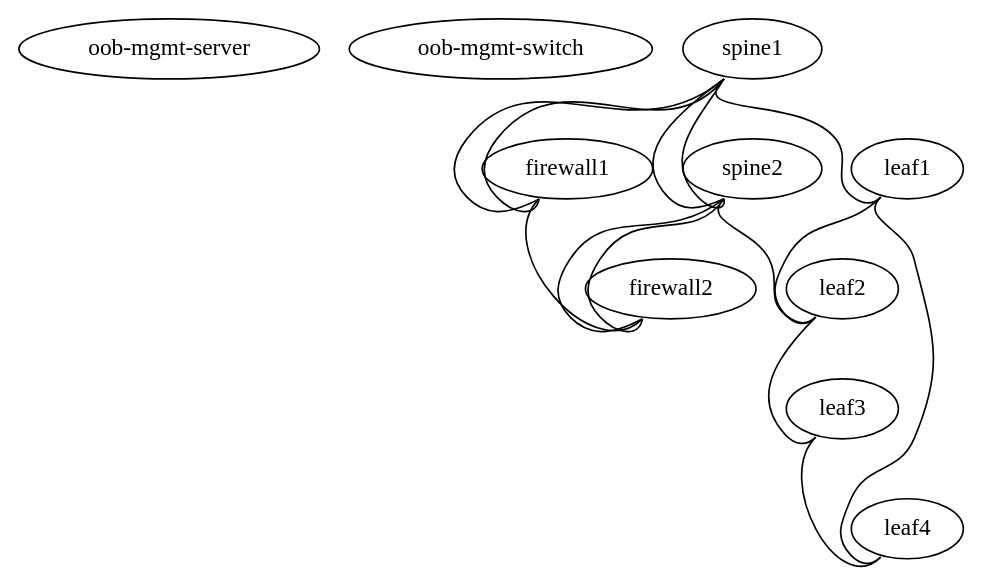
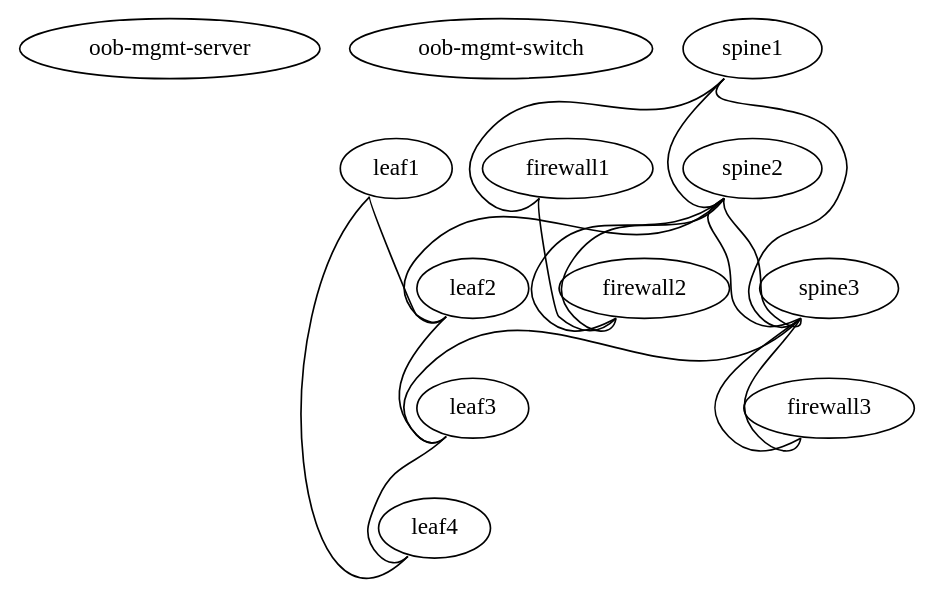
Before and after one commit to naturalis/oss-network-demo: the diagram in demo.dot, drawn with Graphviz.

Commit message:
Extra firewall, extra spine

```diff
--- a/demo.dot
+++ b/demo.dot
@@ -1,33 +1,39 @@
 graph demo {
- "oob-mgmt-server" [function="oob-server" config="./helper_scripts/oob_switch_config.sh" memory="3072" mgmt_ip="192.168.200.254/24"]
+ "oob-mgmt-server" [function="oob-server" config="./helper_scripts/oob_switch_config.sh" mgmt_ip="192.168.200.254/24"]
  "oob-mgmt-switch" [function="oob-switch" config="./helper_scripts/oob_switch_config.sh" mgmt_ip="192.168.200.100"]
 
  "firewall1" [function="fake"]
  "firewall2" [function="fake"]
+ "firewall3" [function="fake"]
 
  "spine1" [function="spine" config="./helper_scripts/extra_switch_config.sh" mgmt_ip="192.168.200.1"]
  "spine2" [function="spine" config="./helper_scripts/extra_switch_config.sh" mgmt_ip="192.168.200.2"]
- 
+ "spine3" [function="spine" config="./helper_scripts/extra_switch_config.sh" mgmt_ip="192.168.200.3"]
+  
  "leaf1" [function="leaf" config="./helper_scripts/extra_switch_config.sh" mgmt_ip="192.168.200.10"]
  "leaf2" [function="leaf" config="./helper_scripts/extra_switch_config.sh" mgmt_ip="192.168.200.20"]
  "leaf3" [function="leaf" config="./helper_scripts/extra_switch_config.sh" mgmt_ip="192.168.200.30"]
  "leaf4" [function="leaf" config="./helper_scripts/extra_switch_config.sh" mgmt_ip="192.168.200.40"]
 
-   "spine1":"swp45" -- "firewall1":"swp0"
-   "spine1":"swp46" -- "firewall1":"swp1"
+   "spine1":"swp47" -- "firewall1":"swp1"
+   "spine1":"swp1" -- "spine2":"swp47"
+   "spine1":"swp2" -- "spine3":"swp47"
+   
    "spine2":"swp45" -- "firewall2":"swp0"
    "spine2":"swp46" -- "firewall2":"swp1"
+   "spine3":"swp45" -- "firewall3":"swp0"
+   "spine3":"swp46" -- "firewall3":"swp1"
    
    "firewall1":"swp2" -- "firewall2":"swp2"
 
-   "spine1":"swp49" -- "spine2":"swp49"
-   "spine1":"swp50" -- "spine2":"swp50"
+   "spine2":"swp49" -- "spine3":"swp49"
+   "spine2":"swp50" -- "spine3":"swp50"
 
-   "spine1":"swp1" -- "leaf1":"swp52"
    "spine2":"swp1" -- "leaf2":"swp52"
+   "spine3":"swp1" -- "leaf3":"swp52"
 
    "leaf1":"swp50" -- "leaf2":"swp50"
    "leaf3":"swp50" -- "leaf4":"swp50"
    "leaf1":"swp49" -- "leaf4":"swp52"
    "leaf2":"swp49" -- "leaf3":"swp52"
 }
```
